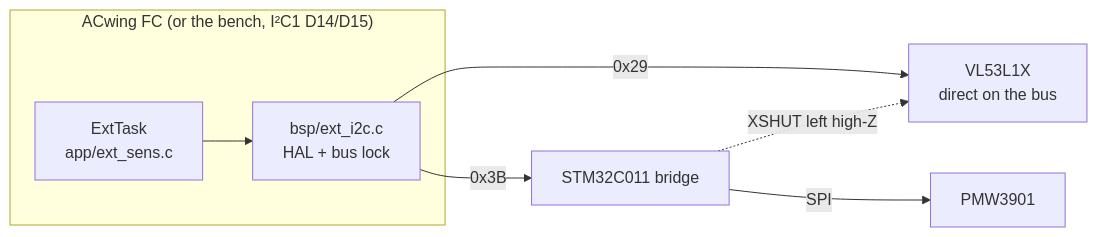
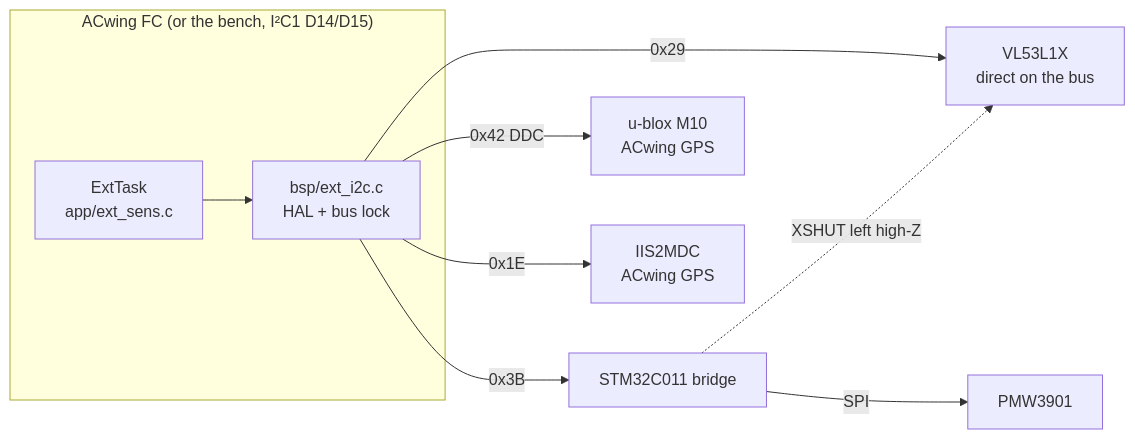
Before and after one commit to ACwing-UAV/ACwing_FW: the first of 3 diagrams in 03 - Docs/firmware/sensors.md, drawn with Mermaid. The commit also changed other lines of this file and 33 other files, not shown here.

First line of the commit message:
FC 0.15.0: GNSS input, u-blox M10 and IIS2MDC on the Qwiic bus (ADR 0014)

````diff
--- a/03 - Docs/firmware/sensors.md
+++ b/03 - Docs/firmware/sensors.md
@@ -18,9 +20,11 @@
 ```mermaid
 flowchart LR
   subgraph FC["ACwing FC (or the bench, I²C1 D14/D15)"]
     EXT["ExtTask<br/>app/ext_sens.c"] --> I2C["bsp/ext_i2c.c<br/>HAL + bus lock"]
   end
   I2C -- "0x29" --> TOF["VL53L1X<br/>direct on the bus"]
   I2C -- "0x3B" --> BR["STM32C011 bridge"] -- SPI --> PMW["PMW3901"]
   BR -. "XSHUT left high-Z" .-> TOF
+  I2C -- "0x42 DDC" --> M10["u-blox M10<br/>ACwing GPS"]
+  I2C -- "0x1E" --> MAG["IIS2MDC<br/>ACwing GPS"]
 ```
````
